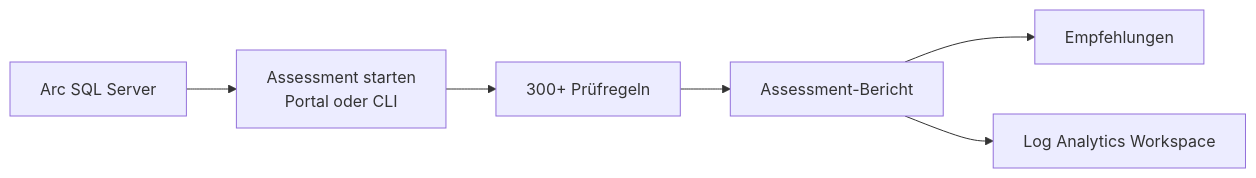
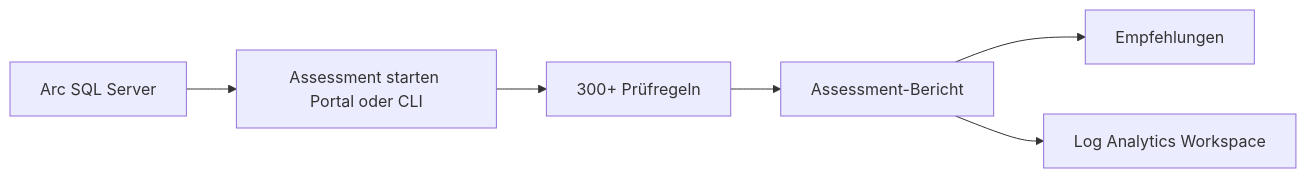
Before and after one commit to SoniiiT/notes-n-docs: the second of 7 diagrams in Microsoft 365/Azure/Arc/Arc-fähige SQL Server.md, drawn with Mermaid. The commit also changed other lines of this file and 124 other files, not shown here.

First line of the commit message:
fix: Entferne \n aus allen Mermaid-Diagrammen (125 Dateien)

````diff
--- a/Microsoft 365/Azure/Arc/Arc-fähige SQL Server.md
+++ b/Microsoft 365/Azure/Arc/Arc-fähige SQL Server.md
@@ -115,15 +115,15 @@
 ```mermaid
 graph LR
     ARC_SQL[Arc SQL Server]
-    ASSESS[Assessment starten\nPortal oder CLI]
+    ASSESS[Assessment starten Portal oder CLI]
     RULES[300+ Prüfregeln]
     REPORT[Assessment-Bericht]
     RECO[Empfehlungen]
     LAW[Log Analytics Workspace]
 
     ARC_SQL --> ASSESS
     ASSESS --> RULES
     RULES --> REPORT
     REPORT --> RECO
     REPORT --> LAW
 ```
````
